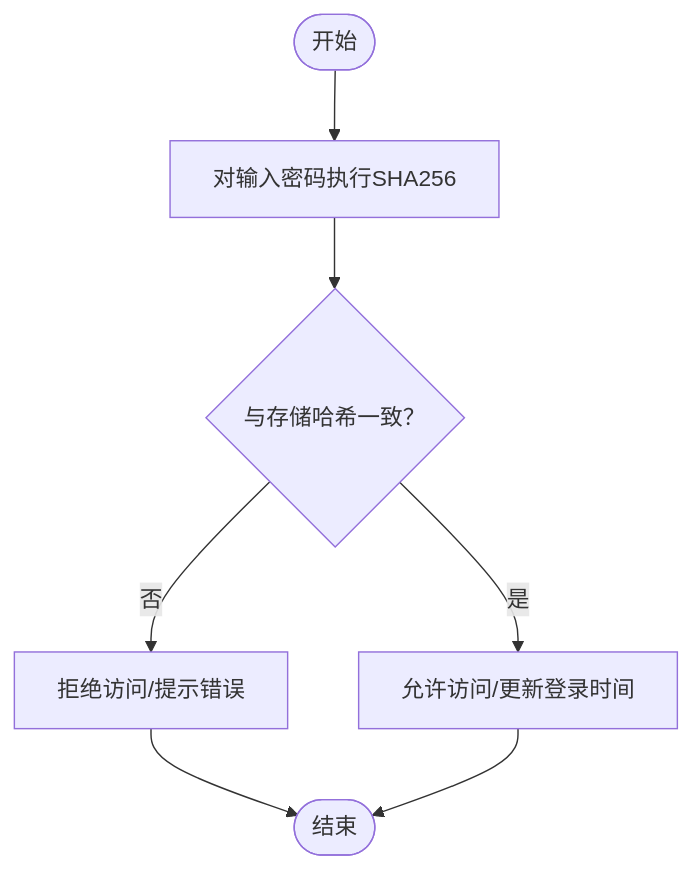
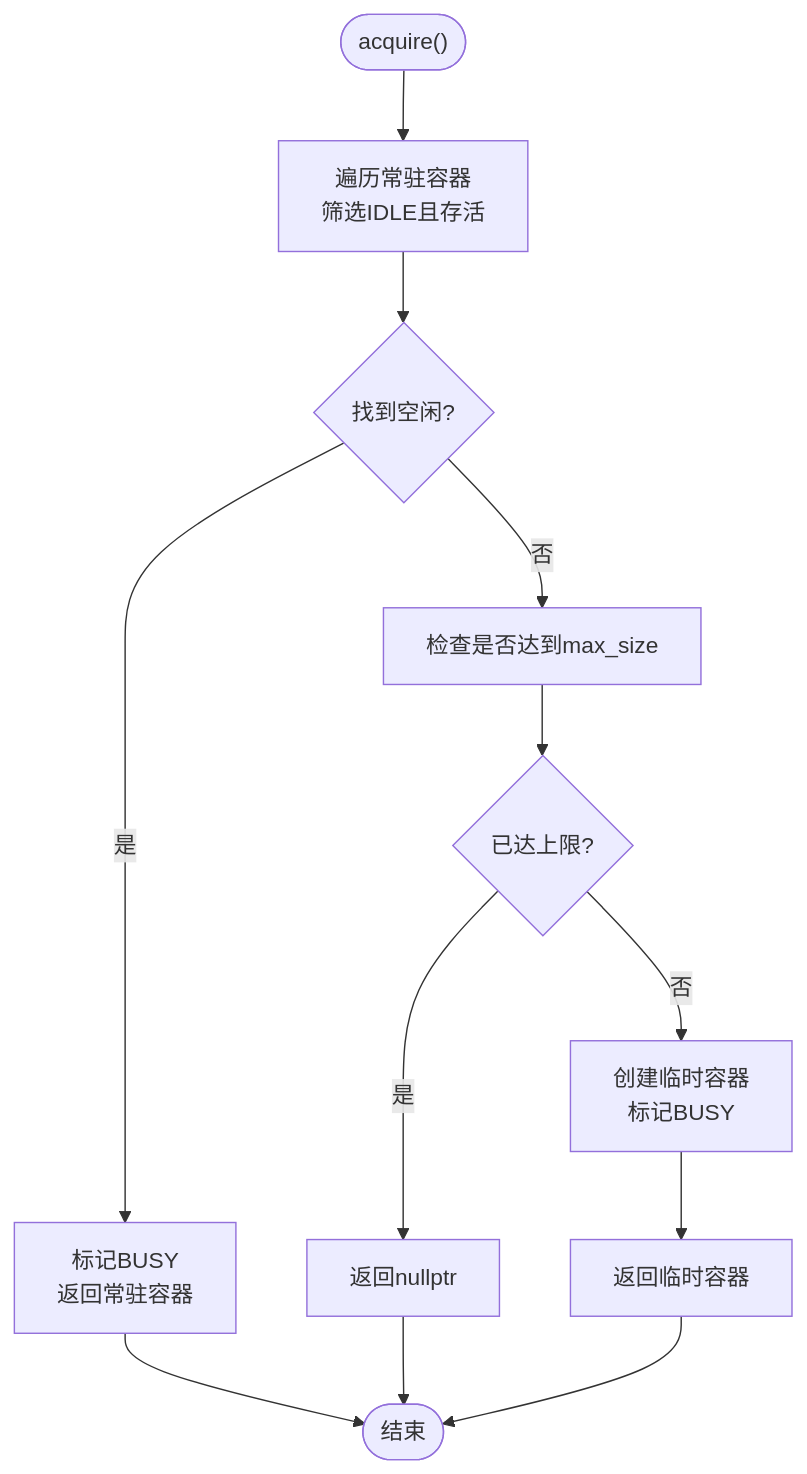
One commit to jinpeng900/OJ-Test changed the fourth of 6 diagrams in .qoder/repowiki/zh/content/安全设计/安全设计.md. Above: the diagram before and after it, drawn with Mermaid. The commit also changed other lines of this file and 126 other files, not shown here.

````diff
--- a/.qoder/repowiki/zh/content/安全设计/安全设计.md
+++ b/.qoder/repowiki/zh/content/安全设计/安全设计.md
@@ -127,9 +211,14 @@
 ```mermaid
 flowchart TD
-Start(["开始"]) --> Hash["对输入密码执行SHA256"]
-Hash --> Compare{"与存储哈希一致？"}
-Compare --> |否| Fail["拒绝访问/提示错误"]
-Compare --> |是| Success["允许访问/更新登录时间"]
-Fail --> End(["结束"])
-Success --> End
+Start(["acquire()"]) --> CheckIdle["遍历常驻容器<br/>筛选IDLE且存活"]
+CheckIdle --> HasIdle{"找到空闲?"}
+HasIdle --> |是| MarkBusy["标记BUSY<br/>返回常驻容器"]
+HasIdle --> |否| CheckLimit["检查是否达到max_size"]
+CheckLimit --> ReachLimit{"已达上限?"}
+ReachLimit --> |是| ReturnNull["返回nullptr"]
+ReachLimit --> |否| CreateTmp["创建临时容器<br/>标记BUSY"]
+CreateTmp --> ReturnTmp["返回临时容器"]
+MarkBusy --> End(["结束"])
+ReturnNull --> End
+ReturnTmp --> End
 ```
````
